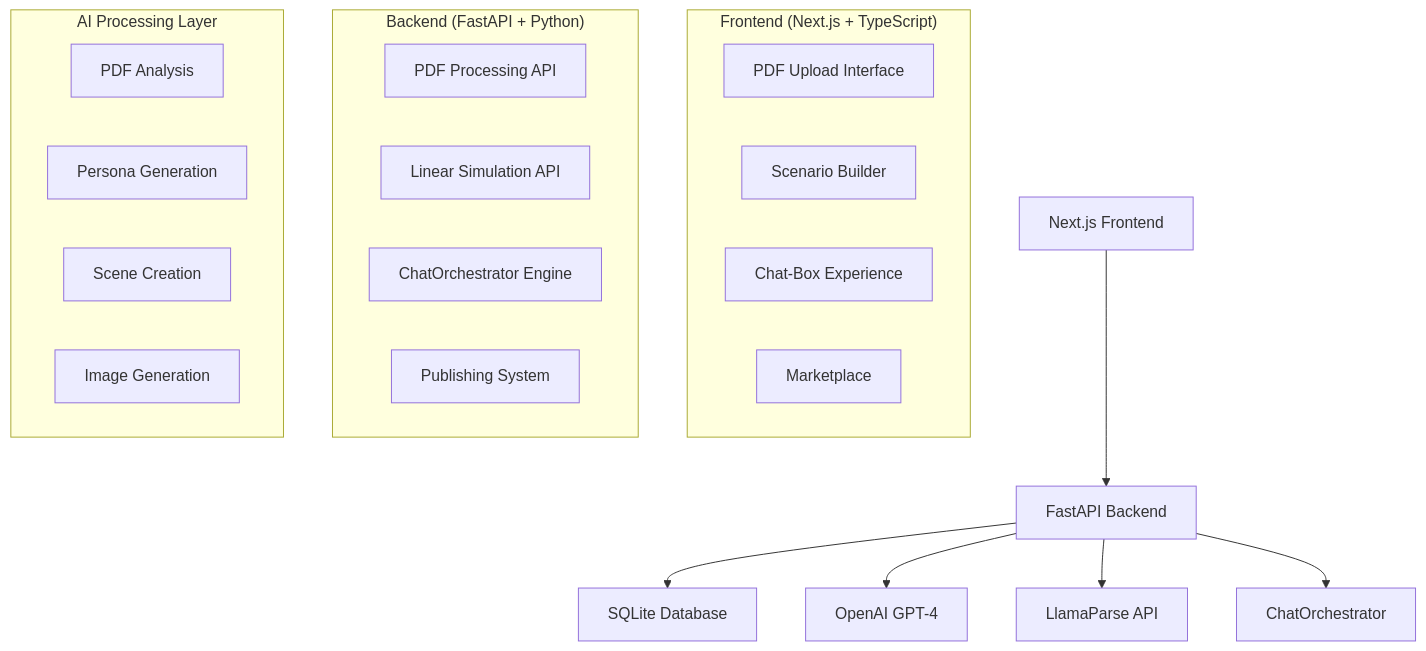
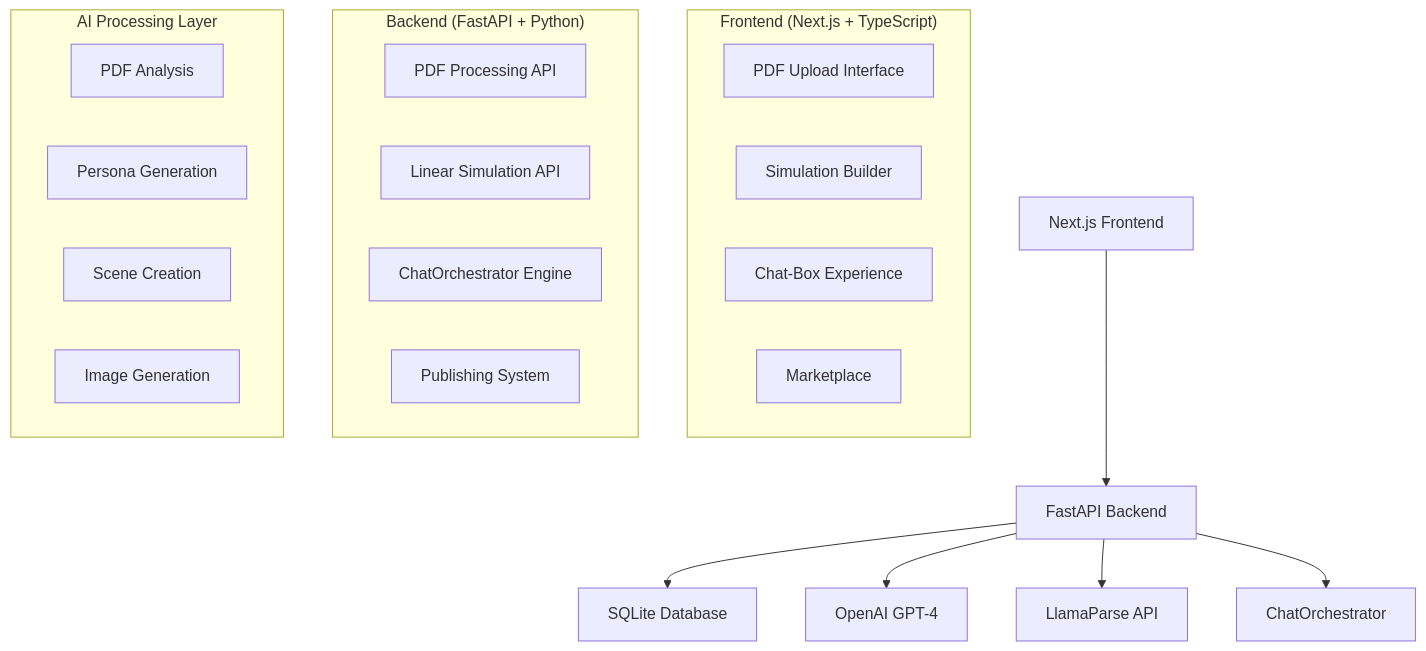
One commit to Sbcoit/forked-ai-agent-education-platform changed the diagram in README.md. Above: the diagram before and after it, drawn with Mermaid. The commit also changed other lines of this file and 16 other files, not shown here.

````diff
--- a/README.md
+++ b/README.md
@@ -45,29 +45,29 @@
 ```mermaid
 graph TB
     A[Next.js Frontend] --> B[FastAPI Backend]
     B --> C[SQLite Database]
     B --> D[OpenAI GPT-4]
     B --> E[LlamaParse API]
     B --> F[ChatOrchestrator]
     
     subgraph "Frontend (Next.js + TypeScript)"
         G[PDF Upload Interface]
-        H[Scenario Builder]
+        H[Simulation Builder]
         I[Chat-Box Experience]
         J[Marketplace]
     end
     
     subgraph "Backend (FastAPI + Python)"
         K[PDF Processing API]
         L[Linear Simulation API]
         M[ChatOrchestrator Engine]
         N[Publishing System]
     end
     
     subgraph "AI Processing Layer"
         O[PDF Analysis]
         P[Persona Generation]
         Q[Scene Creation]
         R[Image Generation]
     end
 ```
````
